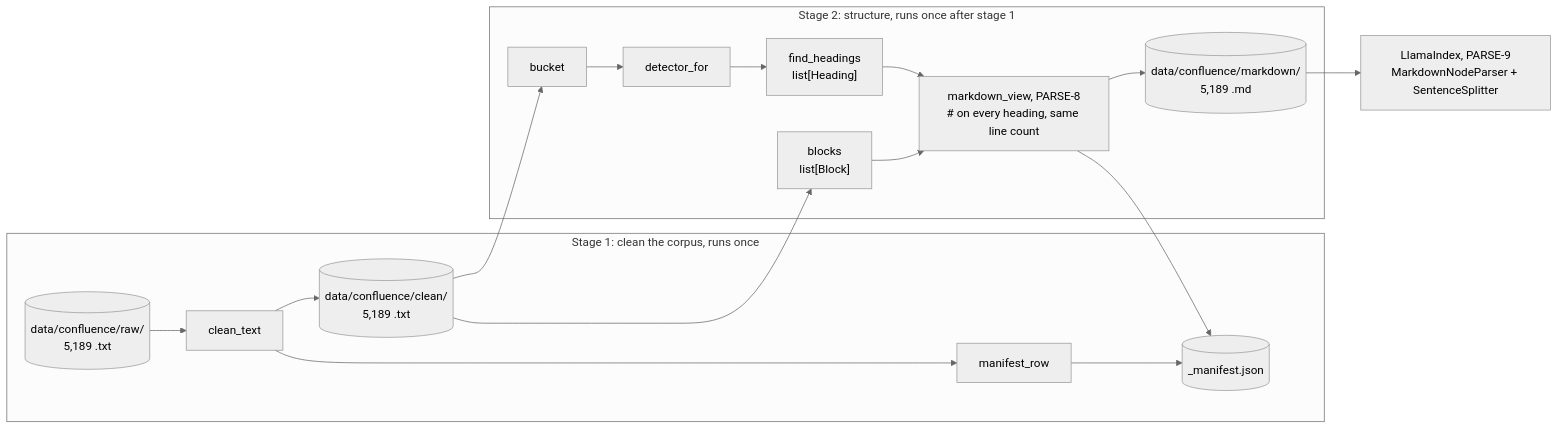
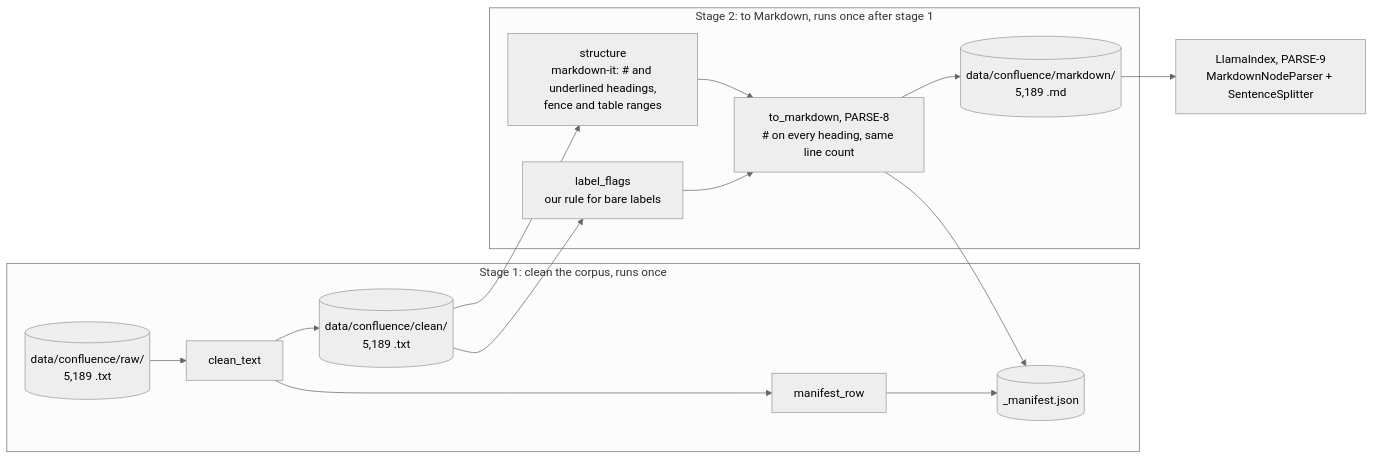
One commit to deepakdantagani/enterprise-rag changed the diagram in docs/design/1-parser-system-design.md. Above: the diagram before and after it, drawn with Mermaid (neutral theme). The commit also changed other lines of this file and 7 other files, not shown here.

First line of the commit message:
PARSE-8 simplified: one pass per file. structure + label_flags -> to_markdown; buckets/headings/blocks retired by PARSE-8d

````diff
--- a/docs/design/1-parser-system-design.md
+++ b/docs/design/1-parser-system-design.md
@@ -36,16 +36,16 @@
 ```mermaid
 flowchart LR
     subgraph stage1 [Stage 1: clean the corpus, runs once]
         RAW[(data/confluence/raw/<br/>5,189 .txt)] --> CT[clean_text] --> CLEAN[(data/confluence/clean/<br/>5,189 .txt)]
         CT --> MR[manifest_row] --> MAN[(_manifest.json)]
     end
-    subgraph stage2 [Stage 2: structure, runs once after stage 1]
-        CLEAN --> B[bucket] --> D[detector_for] --> H["find_headings<br/>list[Heading]"]
-        CLEAN --> BL["blocks<br/>list[Block]"]
-        H --> MV["markdown_view, PARSE-8<br/># on every heading, same line count"]
-        BL --> MV
-        MV --> MD[(data/confluence/markdown/<br/>5,189 .md)]
-        MV --> MAN
+    subgraph stage2 [Stage 2: to Markdown, runs once after stage 1]
+        CLEAN --> ST["structure<br/>markdown-it: # and underlined headings,<br/>fence and table ranges"]
+        CLEAN --> LF["label_flags<br/>our rule for bare labels"]
+        ST --> TM["to_markdown, PARSE-8<br/># on every heading, same line count"]
+        LF --> TM
+        TM --> MD[(data/confluence/markdown/<br/>5,189 .md)]
+        TM --> MAN
     end
     MD --> LI["LlamaIndex, PARSE-9<br/>MarkdownNodeParser + SentenceSplitter"]
 ```
````
